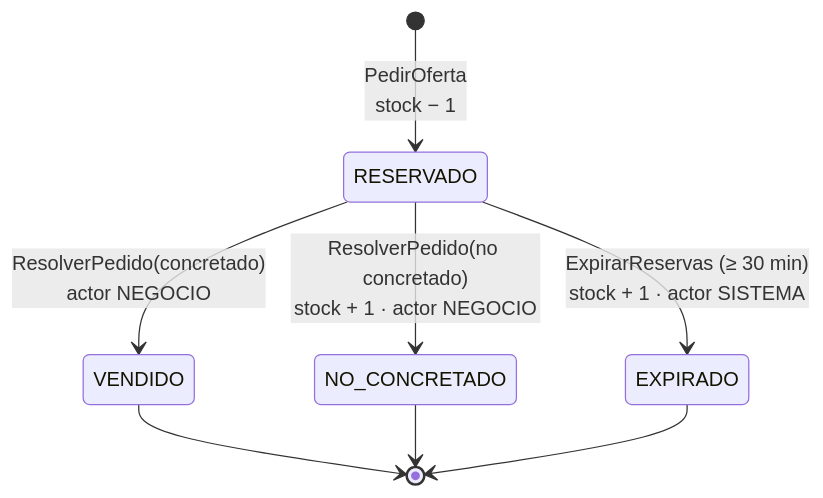
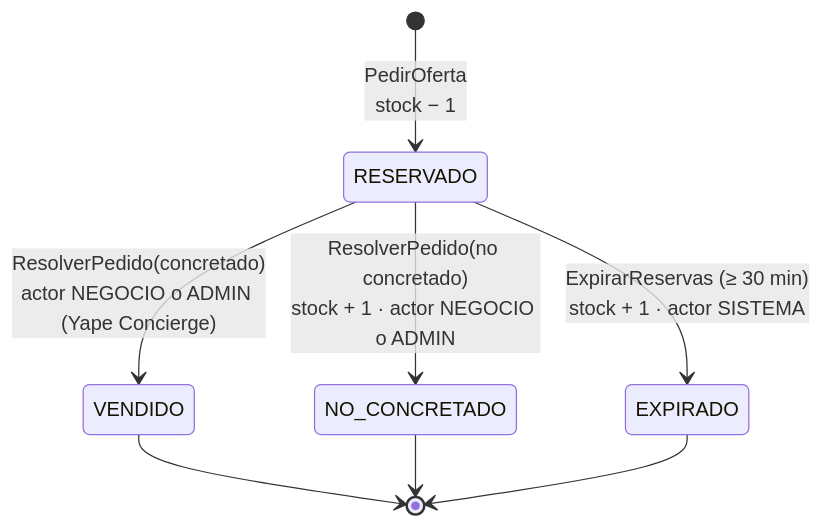
The second of 4 diagrams in docs/04-modelo-c4/Nivel4-DiagramadeCodigo.md (lovableprojectscx/JAMA), drawn with Mermaid before and after one commit. The commit also changed other lines of this file and 33 other files, not shown here.

Commit message:
docs: agrupar requisitos funcionales, crear mapa maestro, ERD y regenerar 20 diagramas PNG

````diff
--- a/docs/04-modelo-c4/Nivel4-DiagramadeCodigo.md
+++ b/docs/04-modelo-c4/Nivel4-DiagramadeCodigo.md
@@ -121,10 +121,10 @@
 ```mermaid
 stateDiagram-v2
     [*] --> RESERVADO: PedirOferta<br/>stock − 1
-    RESERVADO --> VENDIDO: ResolverPedido(concretado)<br/>actor NEGOCIO
-    RESERVADO --> NO_CONCRETADO: ResolverPedido(no concretado)<br/>stock + 1 · actor NEGOCIO
+    RESERVADO --> VENDIDO: ResolverPedido(concretado)<br/>actor NEGOCIO o ADMIN (Yape Concierge)
+    RESERVADO --> NO_CONCRETADO: ResolverPedido(no concretado)<br/>stock + 1 · actor NEGOCIO o ADMIN
     RESERVADO --> EXPIRADO: ExpirarReservas (≥ 30 min)<br/>stock + 1 · actor SISTEMA
     VENDIDO --> [*]
     NO_CONCRETADO --> [*]
     EXPIRADO --> [*]
 ```
````
